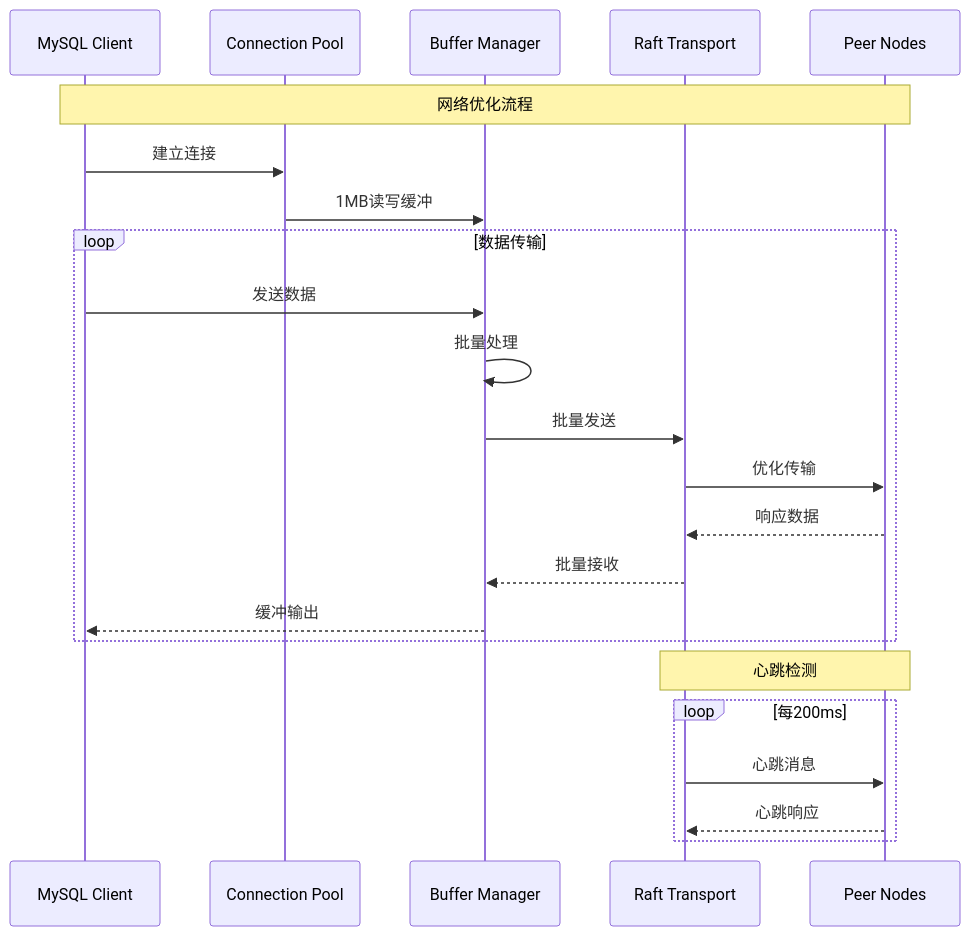
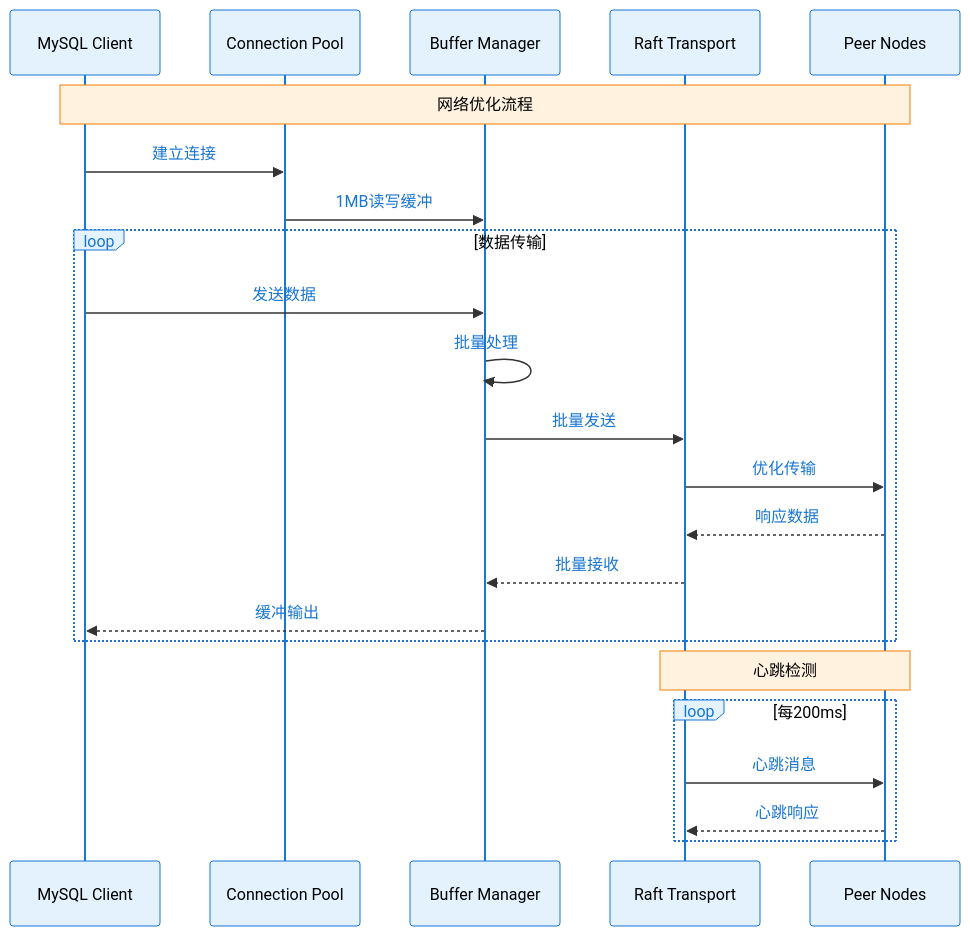
The fourth of 4 diagrams in vdocs/kingbus-performance-optimization.md (victor1589007281/kingbus), drawn with Mermaid before and after one commit. The commit also changed other lines of this file and 12 other files, not shown here.

````diff
--- a/vdocs/kingbus-performance-optimization.md
+++ b/vdocs/kingbus-performance-optimization.md
@@ -537,30 +540,31 @@
 ```mermaid
+%%{init: {'theme': 'base', 'themeVariables': { 'fontSize': '12px', 'fontFamily': 'Arial', 'primaryColor': '#e3f2fd', 'primaryTextColor': '#000000', 'primaryBorderColor': '#1976d2', 'lineColor': '#333333', 'signalColor': '#333333', 'signalTextColor': '#1976d2', 'actorBkg': '#e3f2fd', 'actorBorder': '#1976d2', 'actorTextColor': '#000000', 'activationBkgColor': '#e8f5e9', 'noteBkgColor': '#fff3e0', 'noteTextColor': '#000000', 'noteBorderColor': '#f57c00', 'loopTextColor': '#000000', 'labelTextColor': '#1976d2', 'background': '#ffffff'}}}%%
 sequenceDiagram
     participant Client as MySQL Client
     participant Conn as Connection Pool
     participant Buffer as Buffer Manager
     participant Raft as Raft Transport
     participant Peer as Peer Nodes
     
     Note over Client,Peer: 网络优化流程
     
     Client->>Conn: 建立连接
     Conn->>Buffer: 1MB读写缓冲
     
     loop 数据传输
         Client->>Buffer: 发送数据
         Buffer->>Buffer: 批量处理
         Buffer->>Raft: 批量发送
         Raft->>Peer: 优化传输
         
         Peer-->>Raft: 响应数据
         Raft-->>Buffer: 批量接收
         Buffer-->>Client: 缓冲输出
     end
     
     Note over Raft,Peer: 心跳检测
     loop 每200ms
         Raft->>Peer: 心跳消息
         Peer-->>Raft: 心跳响应
     end
 ```
````
